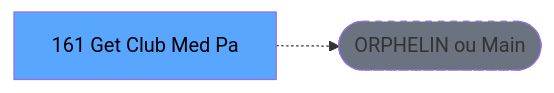
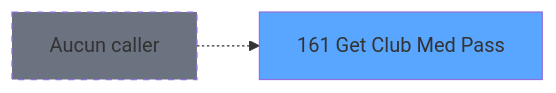
One commit to thonyAGP/lecteur-magic changed the second of 3 diagrams in .openspec/specs/ADH-IDE-161.md. Above: the diagram before and after it, drawn with Mermaid. The commit also changed other lines of this file and 96 other files, not shown here.

````diff
--- a/.openspec/specs/ADH-IDE-161.md
+++ b/.openspec/specs/ADH-IDE-161.md
@@ -117,8 +144,8 @@
 ```mermaid
 graph LR
-    T[161 Get Club Med Pa]
-    ORPHAN([ORPHELIN ou Main])
-    T -.-> ORPHAN
-    style T fill:#58a6ff,color:#000
-    style ORPHAN fill:#6b7280,stroke-dasharray: 5 5
+    T161[161 Get Club Med Pass]
+    style T161 fill:#58a6ff
+    NONE[Aucun caller]
+    NONE -.-> T161
+    style NONE fill:#6b7280,stroke-dasharray: 5 5
 ```
````
